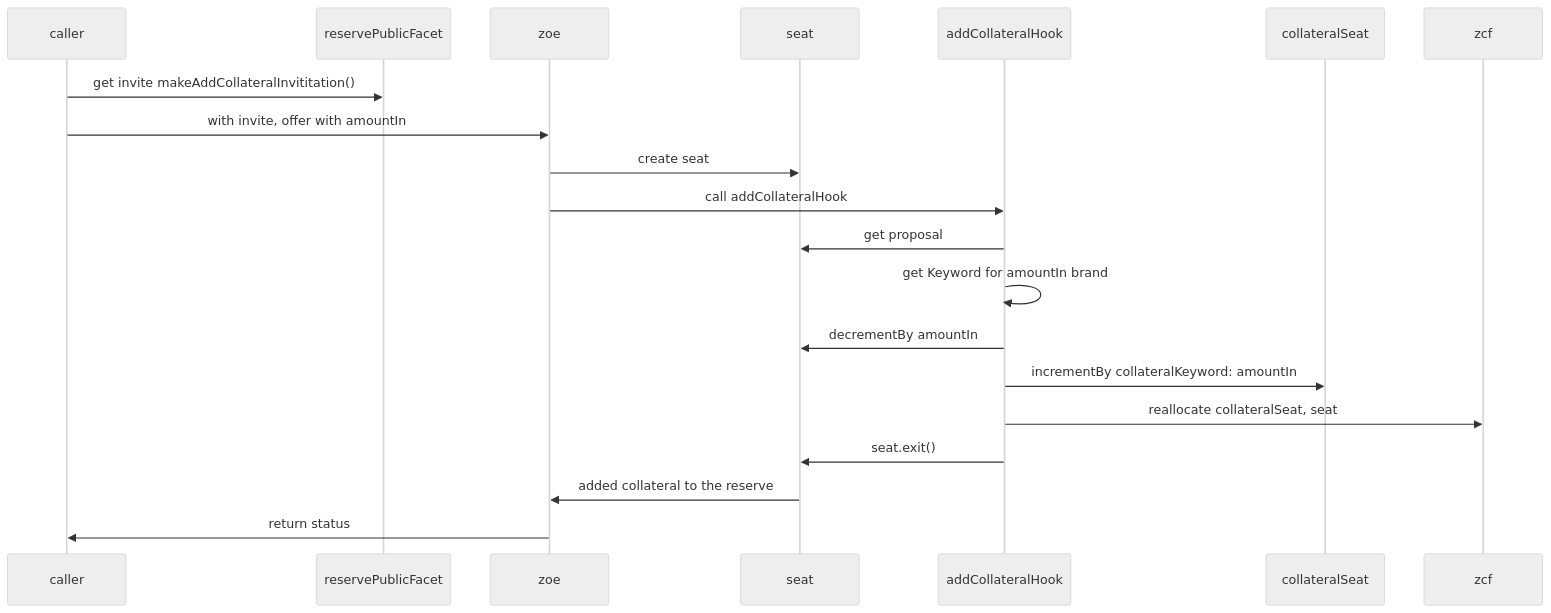
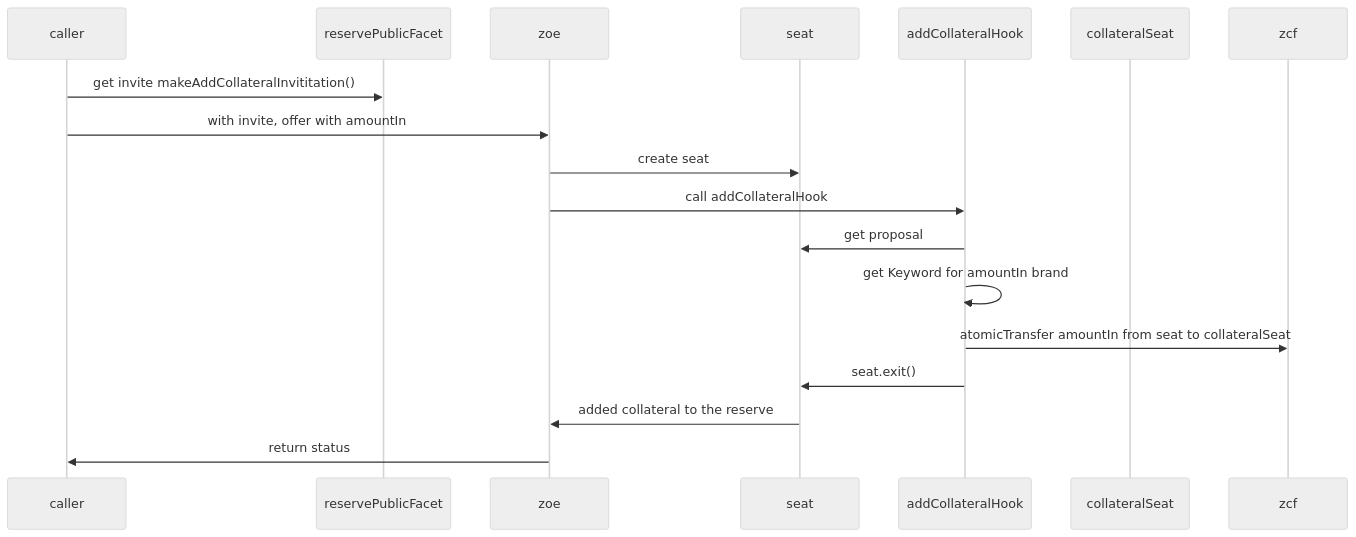
Before and after one commit to Agoric/agoric-sdk: the fourth of 5 diagrams in packages/inter-protocol/src/reserve/doc.md, drawn with Mermaid (neutral theme). The commit also changed 3 other files, not shown here.

Commit message:
refactor: reallocate -> atomicRearrange

````diff
--- a/packages/inter-protocol/src/reserve/doc.md
+++ b/packages/inter-protocol/src/reserve/doc.md
@@ -62,25 +62,23 @@
 ```mermaid
 sequenceDiagram
 
 participant caller
 participant reservePublicFacet
 participant zoe
 participant seat
 participant addCollateralHook
 participant collateralSeat
 participant zcf
 
 caller ->> reservePublicFacet: get invite makeAddCollateralInvititation()
 caller ->> zoe: with invite, offer with amountIn
 zoe ->> seat: create seat
 zoe ->> addCollateralHook: call addCollateralHook
 addCollateralHook ->> seat: get proposal
 
 addCollateralHook ->> addCollateralHook: get Keyword for amountIn brand
-addCollateralHook ->> seat: decrementBy amountIn
-addCollateralHook ->> collateralSeat: incrementBy collateralKeyword: amountIn
-addCollateralHook ->> zcf: reallocate collateralSeat, seat
+addCollateralHook ->> zcf: atomicTransfer amountIn from seat to collateralSeat
 addCollateralHook ->> seat: seat.exit()
 seat ->> zoe: added collateral to the reserve
 zoe ->> caller: return status
 ```
````
